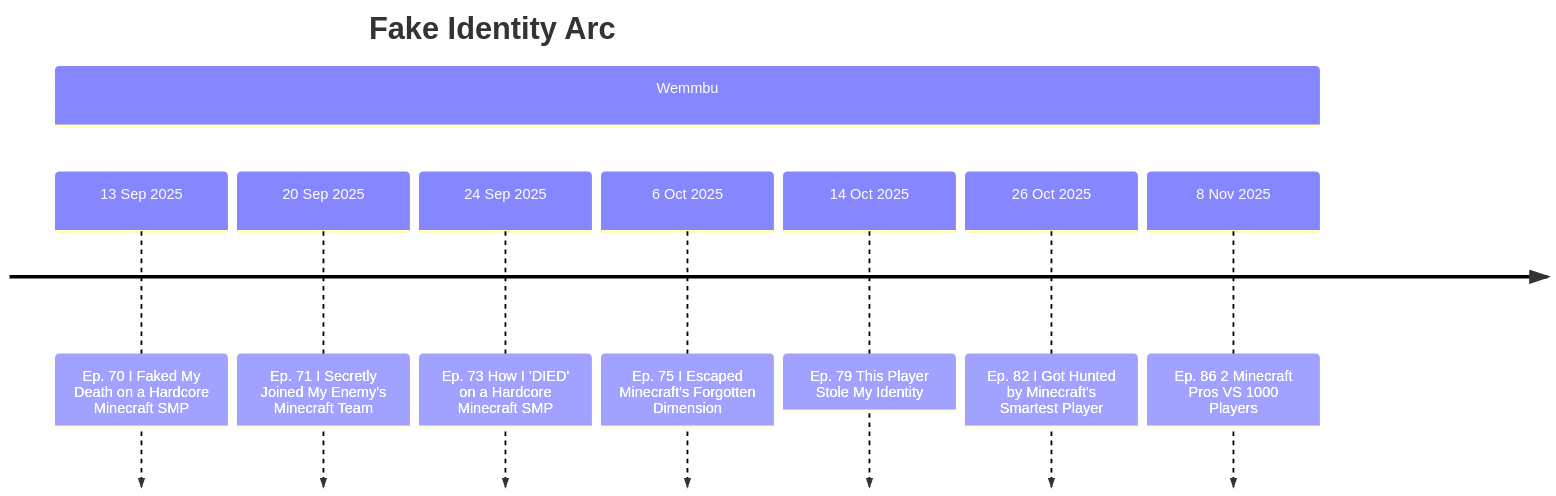
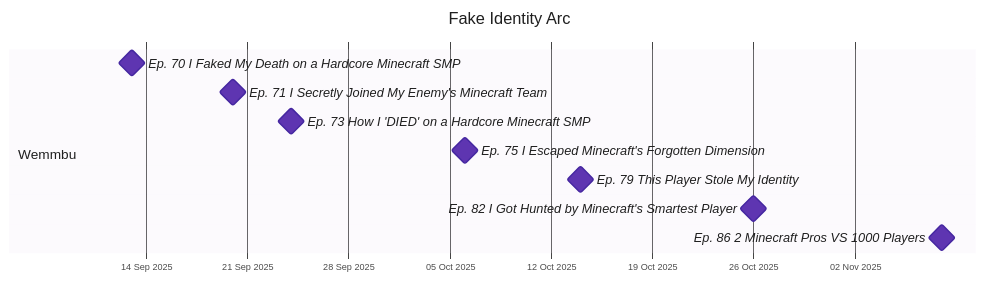
One commit to That1Guy005/Unstable-Wiki changed the diagram in docs/arcs/fake-identity-arc.md. Above: the diagram before and after it, drawn with Mermaid. The commit also changed other lines of this file and 57 other files, not shown here.

Commit message:
feat: improved readability charts

````diff
--- a/docs/arcs/fake-identity-arc.md
+++ b/docs/arcs/fake-identity-arc.md
@@ -23,12 +25,16 @@
 ```mermaid
-timeline
+%%{init: {"theme": "base", "themeVariables": {"fontFamily": "Roboto, Helvetica, Arial, sans-serif", "fontSize": "15px", "primaryTextColor": "#1f1f1f", "textColor": "#1f1f1f", "titleColor": "#1f1f1f", "gridColor": "#d0d0d8", "taskBkgColor": "#5e35b1", "taskBorderColor": "#4527a0", "taskTextColor": "#ffffff", "taskTextLightColor": "#ffffff", "taskTextDarkColor": "#1f1f1f", "taskTextOutsideColor": "#1f1f1f", "taskTextClickableColor": "#1f1f1f", "sectionBkgColor": "#ede7f6", "altSectionBkgColor": "#ffffff", "sectionBkgColor2": "#fff3d6"}, "gantt": {"barHeight": 26, "barGap": 6, "fontSize": 14, "sectionFontSize": 15, "leftPadding": 135, "topPadding": 54, "gridLineStartPadding": 40, "titleTopMargin": 24}, "themeCSS": ".titleText{font-size:20px;font-weight:600;fill:#1f1f1f} .sectionTitle{font-size:15px;font-weight:600;fill:#1f1f1f} .tick text{font-size:13px;fill:#333} .taskText,.taskTextOutsideRight,.taskTextOutsideLeft{font-size:14px} .milestone{fill:#5e35b1;stroke:#4527a0}"}}%%
+gantt
     title Fake Identity Arc
+    dateFormat YYYY-MM-DD
+    axisFormat %d %b %Y
+    todayMarker off
     section Wemmbu
-        13 Sep 2025 : Ep. 70 I Faked My Death on a Hardcore Minecraft SMP
-        20 Sep 2025 : Ep. 71 I Secretly Joined My Enemy's Minecraft Team
-        24 Sep 2025 : Ep. 73 How I 'DIED' on a Hardcore Minecraft SMP
-        6 Oct 2025 : Ep. 75 I Escaped Minecraft's Forgotten Dimension
-        14 Oct 2025 : Ep. 79 This Player Stole My Identity
-        26 Oct 2025 : Ep. 82 I Got Hunted by Minecraft's Smartest Player
-        8 Nov 2025 : Ep. 86 2 Minecraft Pros VS 1000 Players
+    Ep. 70 I Faked My Death on a Hardcore Minecraft SMP : milestone, m0, 2025-09-13, 0d
+    Ep. 71 I Secretly Joined My Enemy's Minecraft Team : milestone, m1, 2025-09-20, 0d
+    Ep. 73 How I 'DIED' on a Hardcore Minecraft SMP : milestone, m2, 2025-09-24, 0d
+    Ep. 75 I Escaped Minecraft's Forgotten Dimension : milestone, m3, 2025-10-06, 0d
+    Ep. 79 This Player Stole My Identity : milestone, m4, 2025-10-14, 0d
+    Ep. 82 I Got Hunted by Minecraft's Smartest Player : milestone, m5, 2025-10-26, 0d
+    Ep. 86 2 Minecraft Pros VS 1000 Players : milestone, m6, 2025-11-08, 0d
 ```
````
